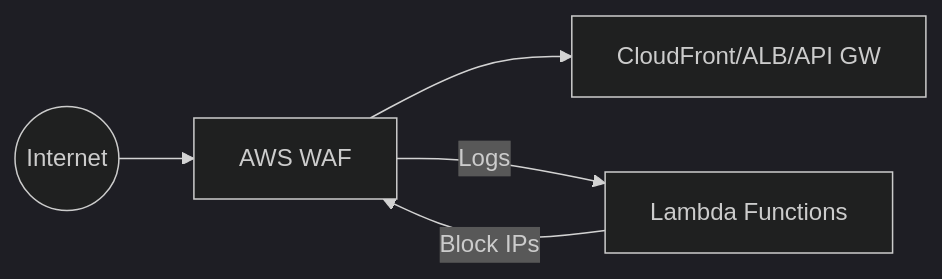
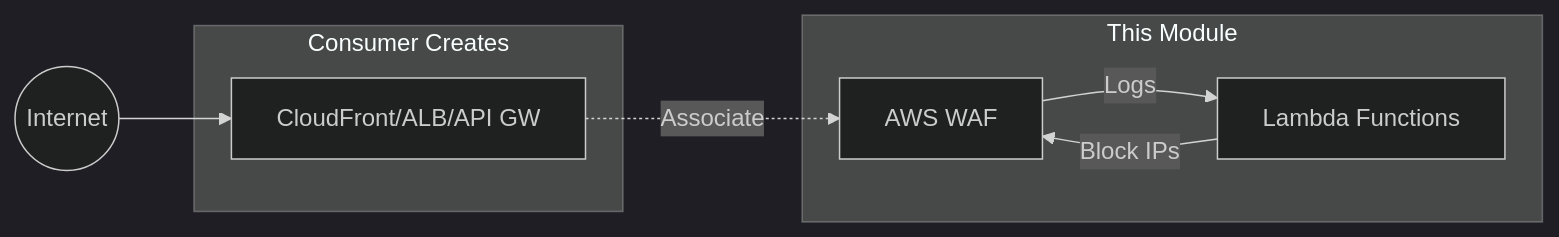
One commit to datastreamapp/terraform-waf-module changed the first of 3 diagrams in README.md. Above: the diagram before and after it, drawn with Mermaid (dark theme). The commit also changed other lines of this file and 1 other file, not shown here.

Commit message:
feat(diagram): fix the diagram to show the correct module boundary and indicate that protected resources are external.

````diff
--- a/README.md
+++ b/README.md
@@ -14,7 +14,14 @@
 ```mermaid
 flowchart LR
-    Internet((Internet)) --> WAF[AWS WAF]
-    WAF --> Protected[CloudFront/ALB/API GW]
-    WAF -->|Logs| Lambda[Lambda Functions]
+    subgraph Module["This Module"]
+        WAF[AWS WAF]
+        Lambda[Lambda Functions]
+    end
+    subgraph External["Consumer Creates"]
+        Protected[CloudFront/ALB/API GW]
+    end
+    Internet((Internet)) --> Protected
+    Protected -.->|Associate| WAF
+    WAF -->|Logs| Lambda
     Lambda -->|Block IPs| WAF
 ```
````
